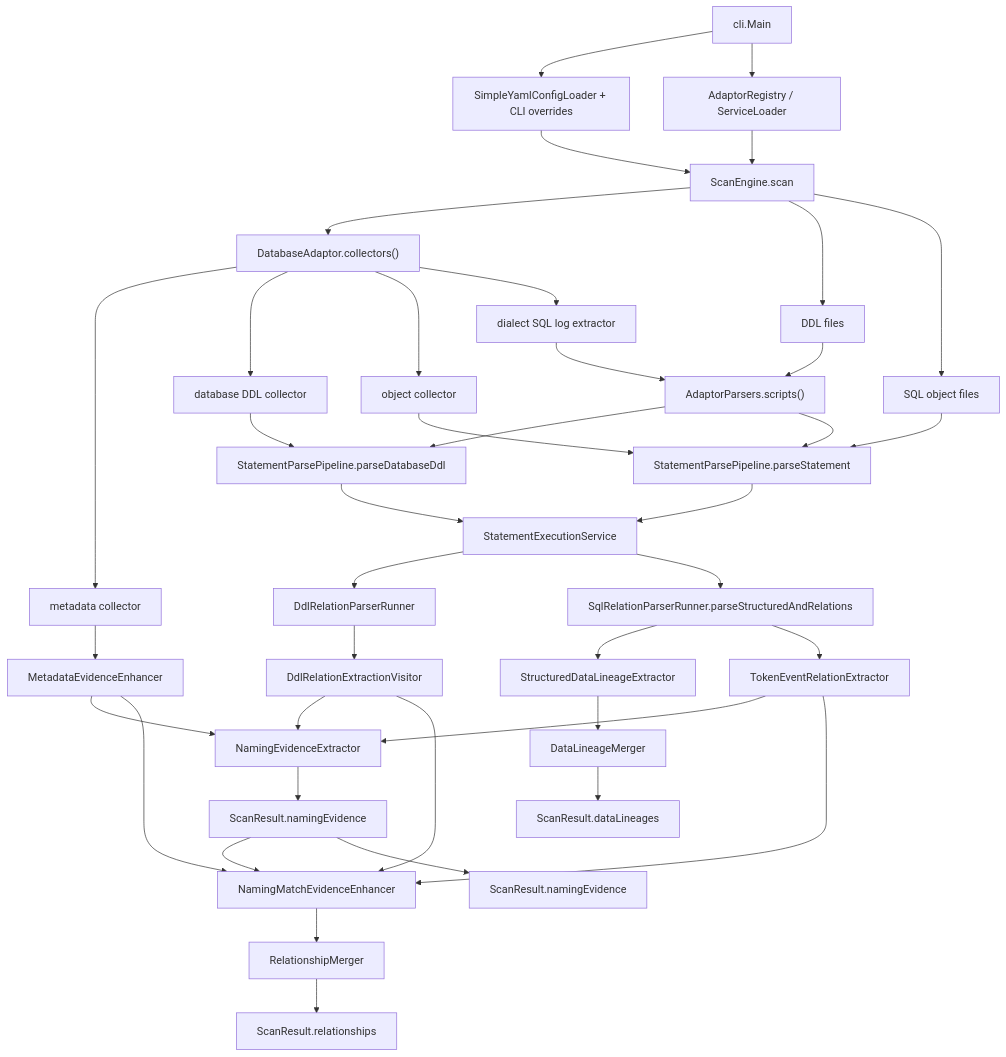
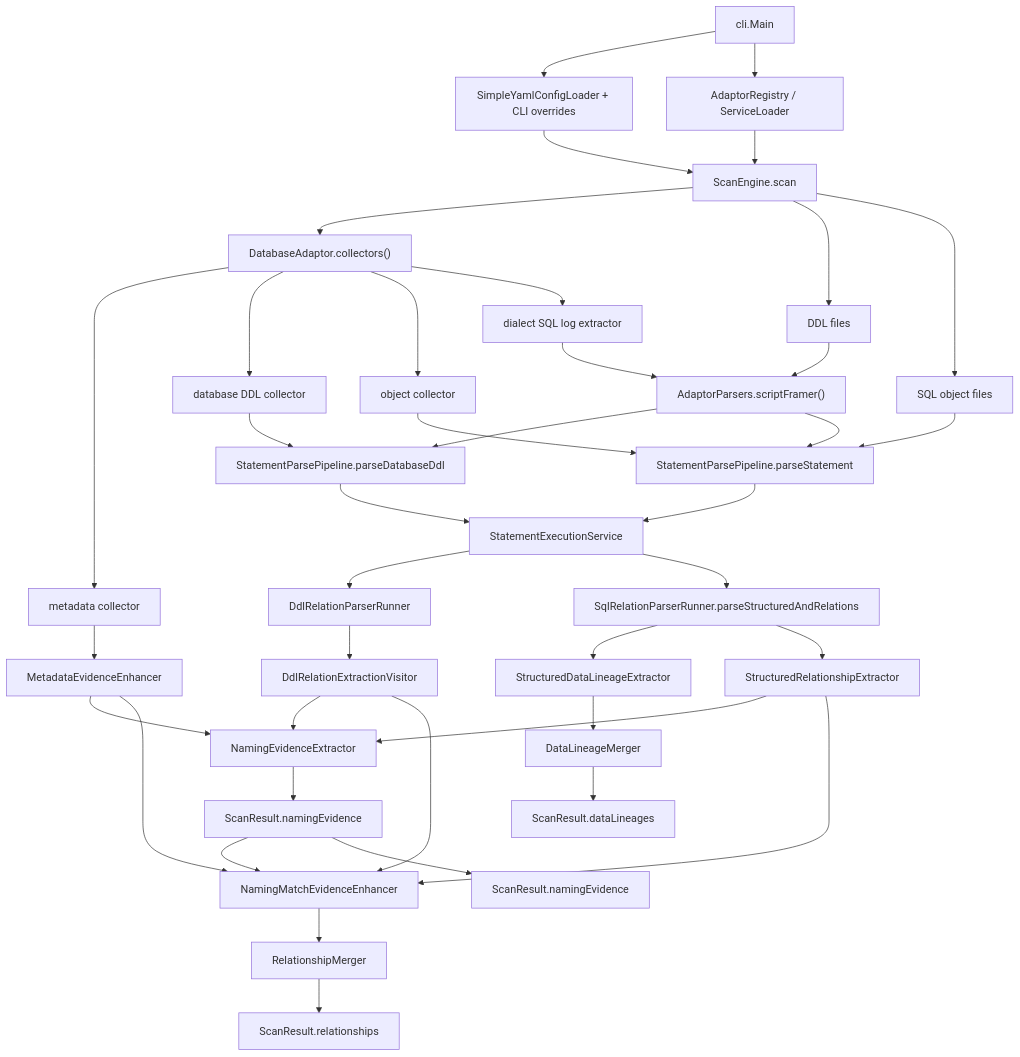
The second of 7 diagrams in docs/design/relation-detector/phase-06-parser-enhancement.md (xiaoguang/relation-detector), drawn with Mermaid before and after one commit. The commit also changed other lines of this file and 1716 other files, not shown here.

````diff
--- a/docs/design/relation-detector/phase-06-parser-enhancement.md
+++ b/docs/design/relation-detector/phase-06-parser-enhancement.md
@@ -340,53 +352,53 @@
 ```mermaid
 flowchart TD
   entry["cli.Main"]
   config["SimpleYamlConfigLoader + CLI overrides"]
   registry["AdaptorRegistry / ServiceLoader<DatabaseAdaptor>"]
   engine["ScanEngine.scan"]
 
   entry --> config
   entry --> registry
   config --> engine
   registry --> engine
 
   engine --> collectors["DatabaseAdaptor.collectors()"]
   collectors --> meta["metadata collector"]
   collectors --> dbDdl["database DDL collector"]
   collectors --> obj["object collector"]
   collectors --> log["dialect SQL log extractor"]
-  log --> scripts["AdaptorParsers.scripts()"]
+  log --> scripts["AdaptorParsers.scriptFramer()"]
   engine --> fileDdl["DDL files"]
   fileDdl --> scripts
   engine --> objectFiles["SQL object files"]
 
   meta --> enhancer["MetadataEvidenceEnhancer"]
   dbDdl --> ddlSafe["StatementParsePipeline.parseDatabaseDdl"]
   scripts --> ddlSafe
   obj --> sqlSafe["StatementParsePipeline.parseStatement"]
   objectFiles --> sqlSafe
   scripts --> sqlSafe
 
   ddlSafe --> statementService["StatementExecutionService"]
   sqlSafe --> statementService
   statementService --> ddlRunner["DdlRelationParserRunner"]
   statementService --> sqlParsed["SqlRelationParserRunner.parseStructuredAndRelations"]
 
   sqlParsed --> lineageExtractor["StructuredDataLineageExtractor"]
-  sqlParsed --> relationExtractor["TokenEventRelationExtractor"]
+  sqlParsed --> relationExtractor["StructuredRelationshipExtractor"]
   ddlRunner --> ddlExtractor["DdlRelationExtractionVisitor"]
 
   enhancer --> namingExtractor["NamingEvidenceExtractor"]
   relationExtractor --> namingExtractor
   ddlExtractor --> namingExtractor
   namingExtractor --> namingPool["ScanResult.namingEvidence"]
   namingPool --> namingEnhancer["NamingMatchEvidenceEnhancer"]
   relationExtractor --> namingEnhancer
   ddlExtractor --> namingEnhancer
   enhancer --> namingEnhancer
   namingEnhancer --> relMerge["RelationshipMerger"]
   lineageExtractor --> lineageMerge["DataLineageMerger"]
 
   relMerge --> result["ScanResult.relationships"]
   lineageMerge --> result2["ScanResult.dataLineages"]
   namingPool --> result3["ScanResult.namingEvidence"]
 ```
````
